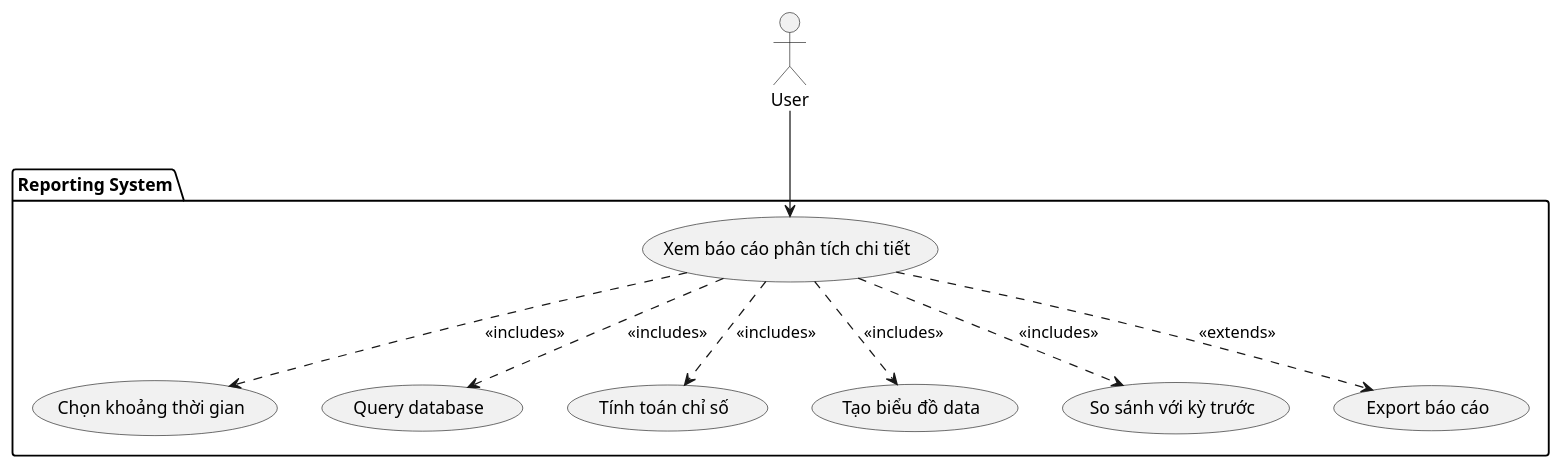
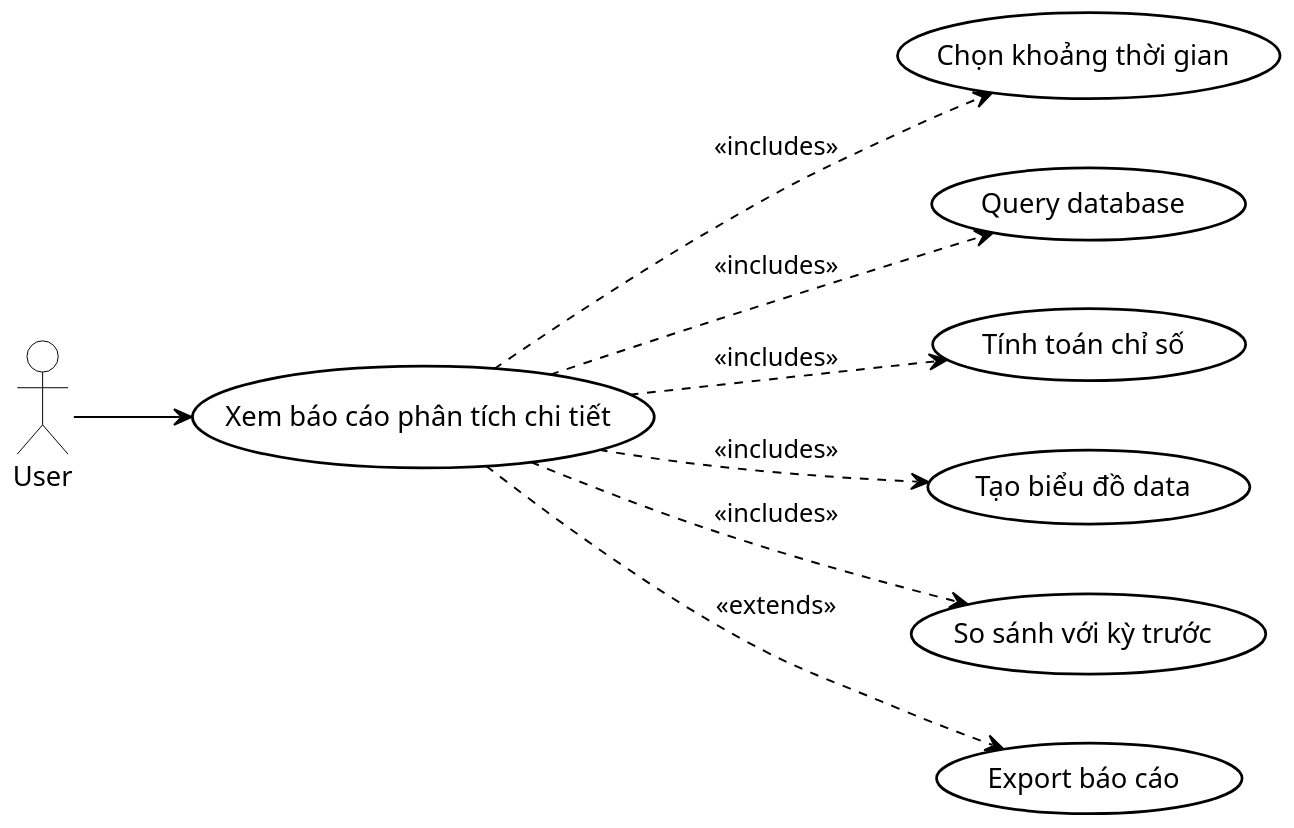
Before and after one commit to quanbin27/TabiMoney: the diagram in uml-diagrams/UC_020_DetailedReport.puml, drawn with PlantUML. The commit also changed 108 other files, not shown here.

Commit message:
docs: update diagram images

```diff
--- a/uml-diagrams/UC_020_DetailedReport.puml
+++ b/uml-diagrams/UC_020_DetailedReport.puml
@@ -1,22 +1,48 @@
 @startuml UC_020_DetailedReport
+
+skinparam usecase {
+    BackgroundColor #FFFFFF
+    BorderColor #000000
+    ArrowColor #000000
+    BorderThickness 1.4
+    FontColor #000000
+    FontSize 14
+}
+
+skinparam actor {
+    BackgroundColor #FFFFFF
+    BorderColor #000000
+    FontColor #000000
+    FontSize 14
+}
+
+skinparam package {
+    BorderColor #000000
+    FontColor #000000
+}
+
+skinparam shadowing false
+skinparam dpi 150
+
+' Layout ngang
+left to right direction
+
 actor User
 
-package "Reporting System" {
-    usecase "Xem báo cáo phân tích chi tiết" as UC_DetailedReport
-    usecase "Chọn khoảng thời gian" as UC_SelectTimeRange
-    usecase "Query database" as UC_QueryDatabase
-    usecase "Tính toán chỉ số" as UC_CalculateMetrics
-    usecase "Tạo biểu đồ data" as UC_CreateChartData
-    usecase "So sánh với kỳ trước" as UC_ComparePrevious
-    usecase "Export báo cáo" as UC_ExportReport
-}
+usecase "Xem báo cáo phân tích chi tiết" as UC_DetailedReport
+usecase "Chọn khoảng thời gian" as UC_SelectTimeRange
+usecase "Query database" as UC_QueryDatabase
+usecase "Tính toán chỉ số" as UC_CalculateMetrics
+usecase "Tạo biểu đồ data" as UC_CreateChartData
+usecase "So sánh với kỳ trước" as UC_ComparePrevious
+usecase "Export báo cáo" as UC_ExportReport
 
 User --> UC_DetailedReport
 UC_DetailedReport ..> UC_SelectTimeRange : <<includes>>
 UC_DetailedReport ..> UC_QueryDatabase : <<includes>>
 UC_DetailedReport ..> UC_CalculateMetrics : <<includes>>
 UC_DetailedReport ..> UC_CreateChartData : <<includes>>
 UC_DetailedReport ..> UC_ComparePrevious : <<includes>>
 UC_DetailedReport ..> UC_ExportReport : <<extends>>
 
 @enduml
```
